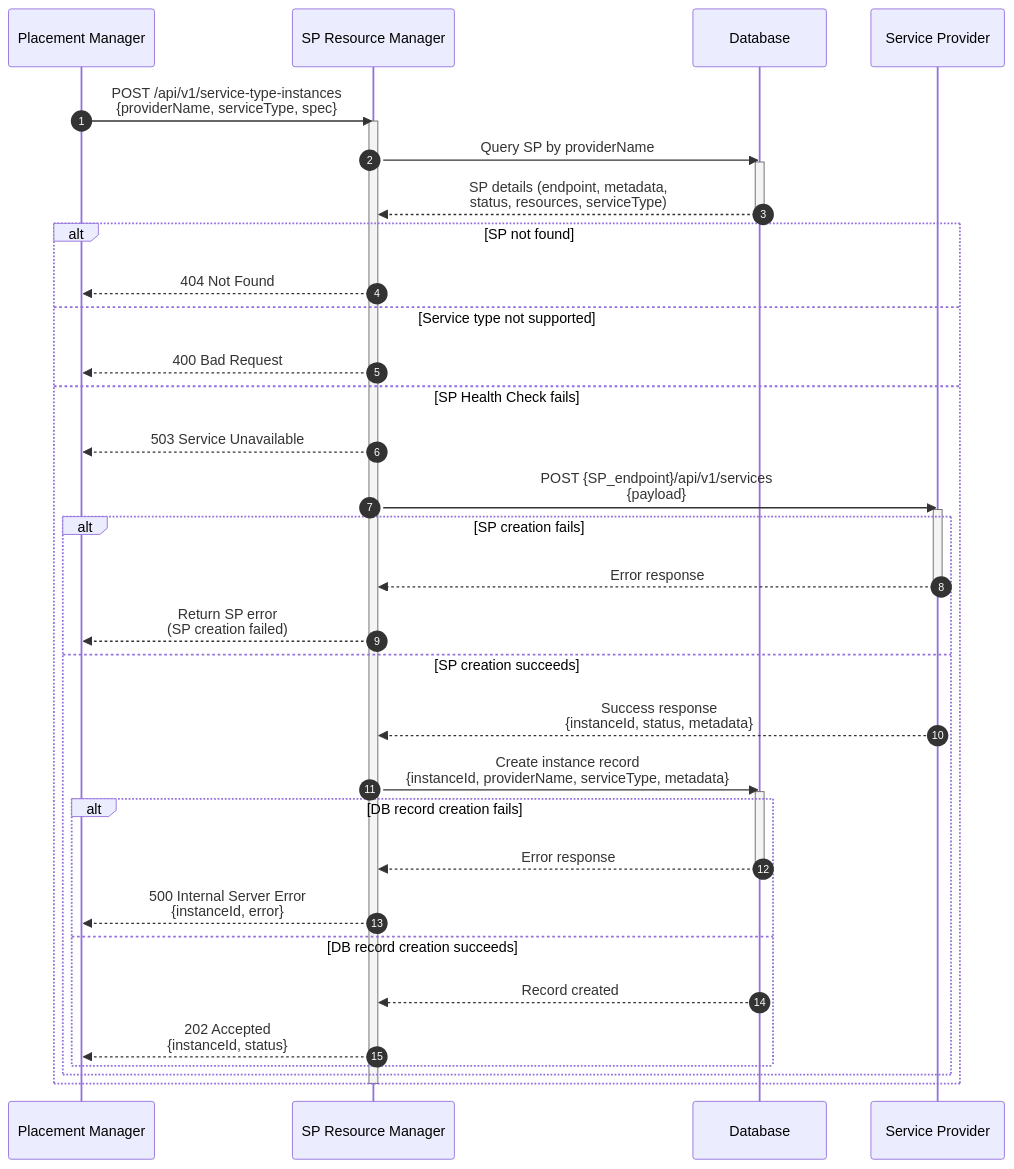
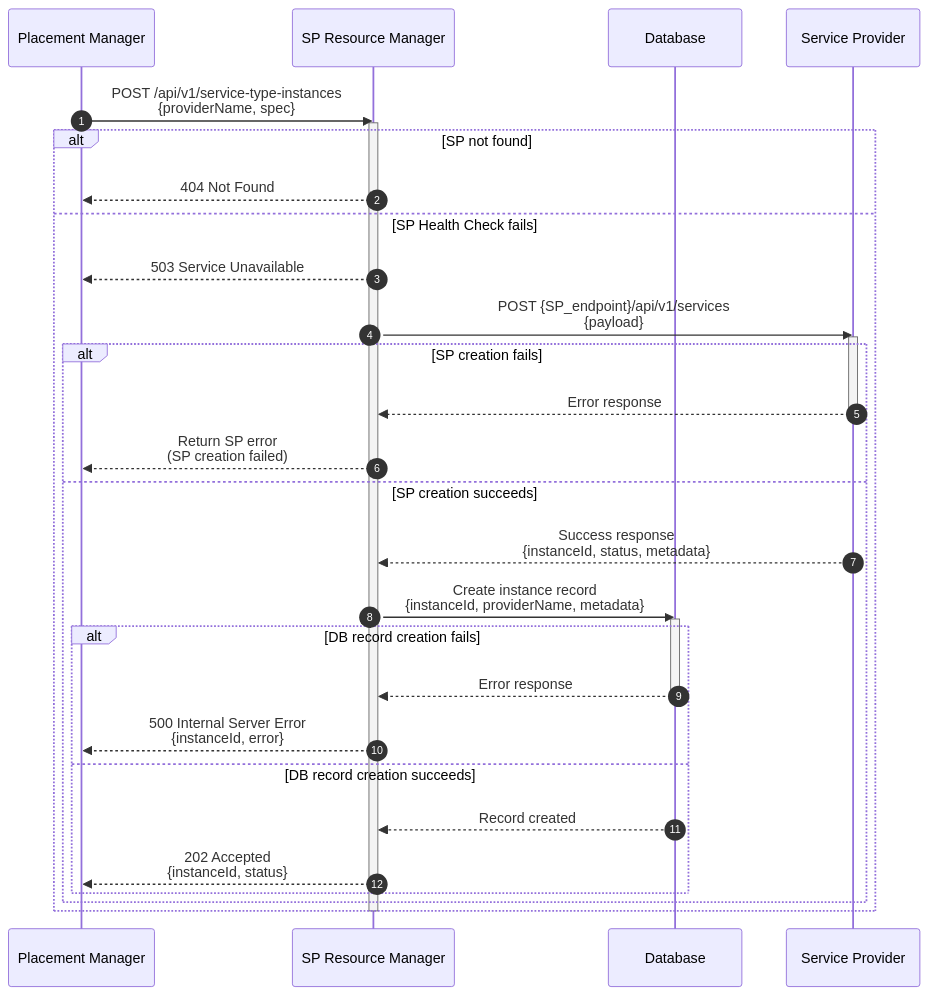
One commit to dcm-project/enhancements changed the diagram in enhancements/sp-resource-manager/sp-resource-manager.md. Above: the diagram before and after it, drawn with Mermaid. The commit also changed other lines of this file, not shown here.

Commit message:
Remove ServiceType field in SP Resource Manager (#27)

````diff
--- a/enhancements/sp-resource-manager/sp-resource-manager.md
+++ b/enhancements/sp-resource-manager/sp-resource-manager.md
@@ -203,49 +192,42 @@
 ```mermaid
 sequenceDiagram
     autonumber
     participant PS as Placement Manager
     participant SPRM as SP Resource Manager
     participant DB as Database
     participant SP as Service Provider
 
-    PS->>SPRM: POST /api/v1/service-type-instances<br/>{providerName, serviceType, spec}
+    PS->>SPRM: POST /api/v1/service-type-instances<br/>{providerName, spec}
     activate SPRM
 
 
-    SPRM->>DB: Query SP by providerName
-    activate DB
-    DB-->>SPRM: SP details (endpoint, metadata,<br/>status, resources, serviceType)
-    deactivate DB
-
     alt SP not found
         SPRM-->>PS: 404 Not Found
-    else Service type not supported
-        SPRM-->>PS: 400 Bad Request
     else SP Health Check fails
         SPRM-->>PS: 503 Service Unavailable       
 
         SPRM->>SP: POST {SP_endpoint}/api/v1/services<br/>{payload}
         activate SP
 
         alt SP creation fails
             SP-->>SPRM: Error response
             deactivate SP
             SPRM-->>PS: Return SP error<br/>(SP creation failed)
         else SP creation succeeds
             SP-->>SPRM: Success response<br/>{instanceId, status, metadata}
-            SPRM->>DB: Create instance record<br/>{instanceId, providerName, serviceType, metadata}
+            SPRM->>DB: Create instance record<br/>{instanceId, providerName, metadata}
             activate DB
             
             alt DB record creation fails
                 DB-->>SPRM: Error response
                 deactivate DB
                 SPRM-->>PS: 500 Internal Server Error<br/>{instanceId, error}
             
             else DB record creation succeeds
                 DB-->>SPRM: Record created
                 SPRM-->>PS: 202 Accepted<br/>{instanceId, status}
             end
         end
     end
     deactivate SPRM
 ```
````
